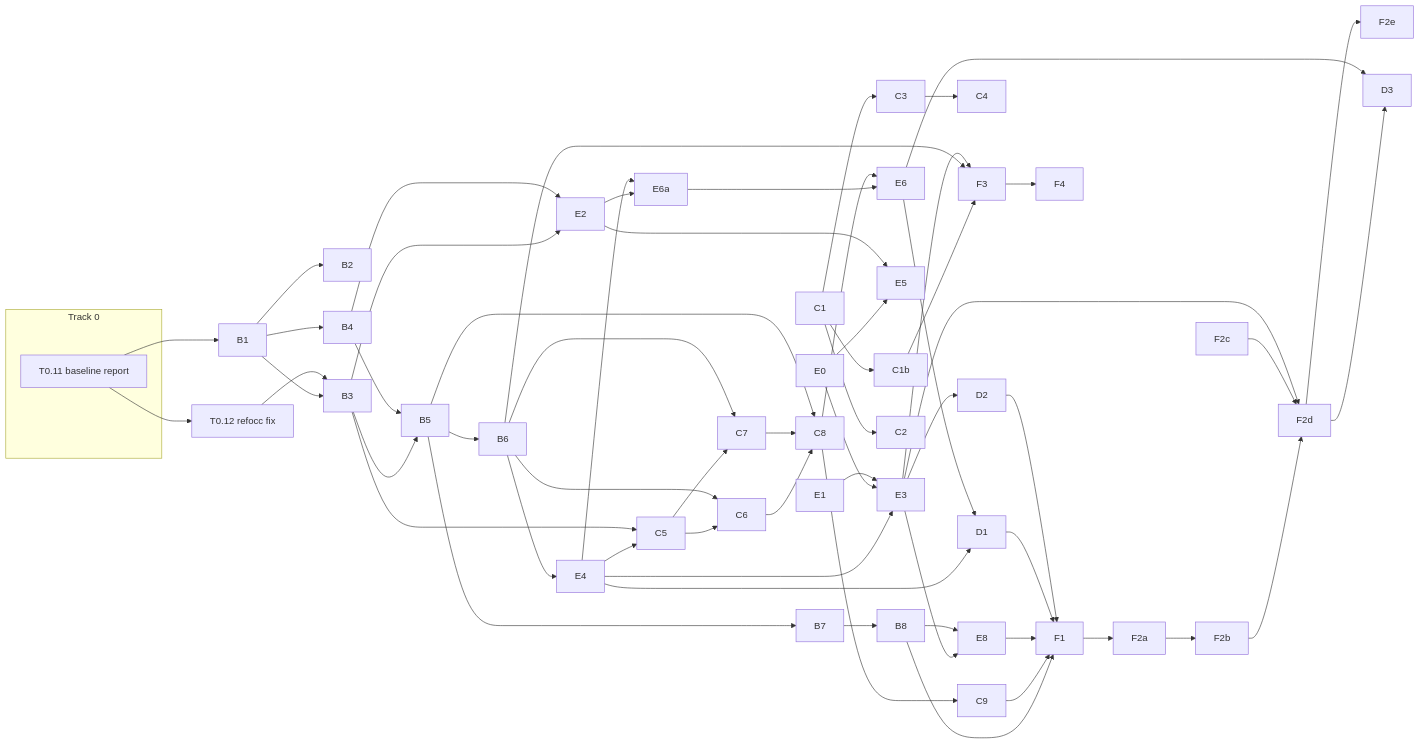
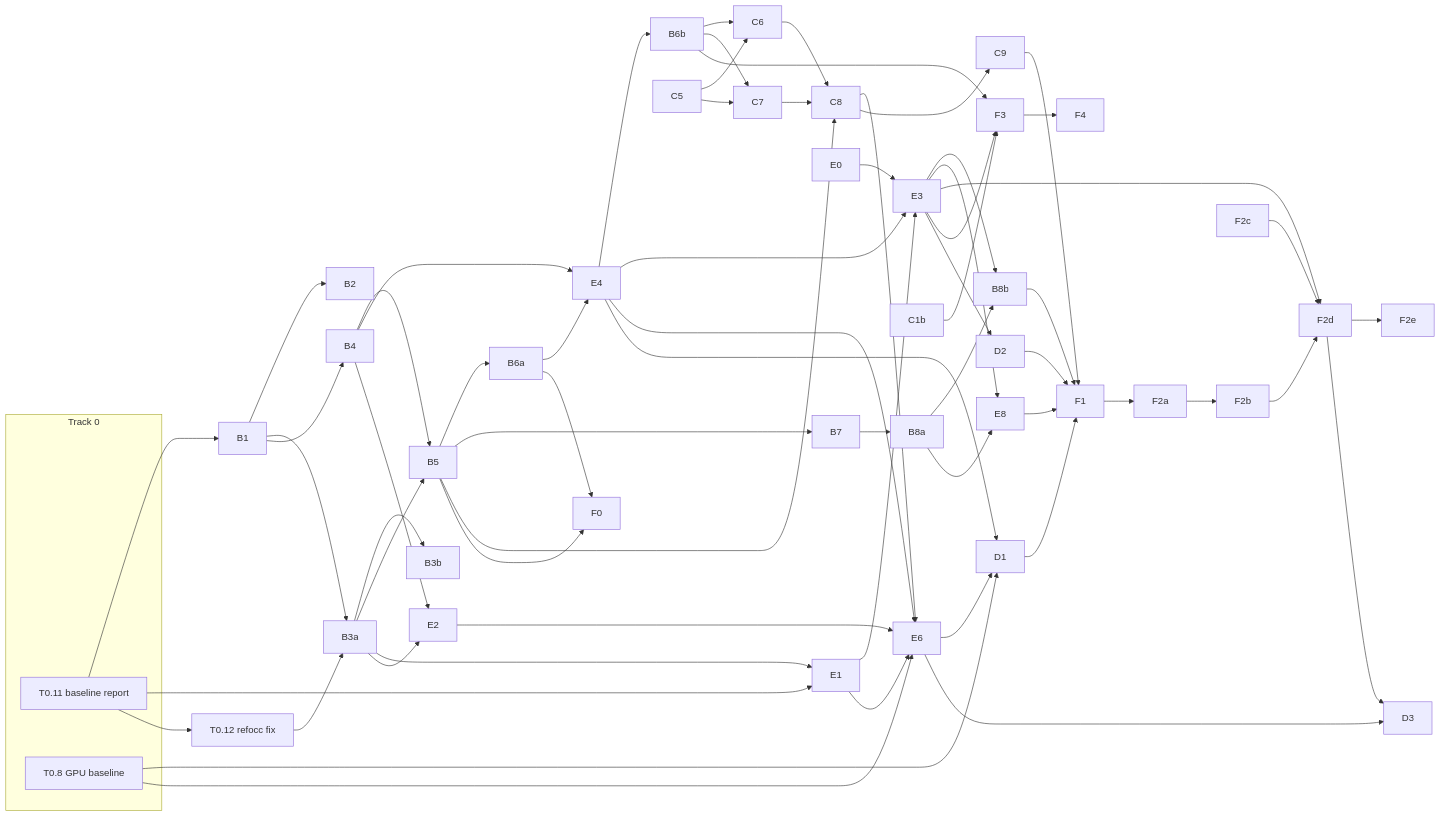
The diagram in docs/plan/00-overview.md (marvinfriede/dxtb), drawn with Mermaid before and after one commit. The commit also changed other lines of this file and 63 other files, not shown here.

````diff
--- a/docs/plan/00-overview.md
+++ b/docs/plan/00-overview.md
@@ -187,33 +222,34 @@
 ```mermaid
 graph LR
   subgraph T0[Track 0]
     T0R[T0.11 baseline report]
+    T08G[T0.8 GPU baseline]
   end
-  T0R --> B1 --> B2 & B3 & B4
-  B3 --> B5
-  B4 --> B5 --> B6 & B7
-  B7 --> B8
-  B6 --> E4 --> E3
-  E0 --> E3
-  E1 --> E3 --> E8
-  B3 & B4 --> E2 --> E6a
-  E4 --> E6a --> E6
-  B8 --> E8
-  E0 --> E5
-  E2 --> E5
-  C1 --> C1b & C2 & C3
-  C3 --> C4
-  E4 --> C5
-  B3 --> C5 --> C6 & C7
-  B6 --> C6 & C7
+  T0R --> B1 --> B2 & B3a & B4
+  B3a --> B3b
+  B4 --> B5
+  B3a --> B5
+  B5 --> B6a & B7
+  T0R --> E1
+  B3a --> E1
+  B6a & B4 --> E4
+  E4 --> B6b
+  E0 & E1 & E4 --> E3
+  B3a & B4 --> E2
+  E2 & E4 & C8 & E1 --> E6
+  B7 --> B8a
+  B8a & E3 --> B8b & E8
+  B6b & C5 --> C6 & C7
   C6 & C7 & B5 --> C8 --> C9
-  C8 --> E6
-  T0R --> T012[T0.12 refocc fix] --> B3
-  B8 & C9 & E8 & D1 & D2 --> F1 --> F2a --> F2b --> F2d
+  B5 & B6a --> F0
+  T0R --> T012[T0.12 refocc fix] --> B3a
+  B8b & C9 & E8 & D1 & D2 --> F1 --> F2a --> F2b --> F2d
   F2c --> F2d
   E3 --> F2d --> F2e
-  C1b & B6 & E3 --> F3 --> F4
+  C1b & B6b & E3 --> F3 --> F4
   E4 & E6 --> D1
   E3 --> D2
+  T08G --> D1
+  T08G --> E6
   F2d & E6 --> D3
 ```
````
